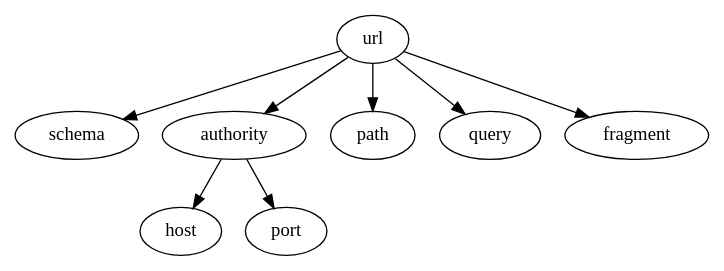
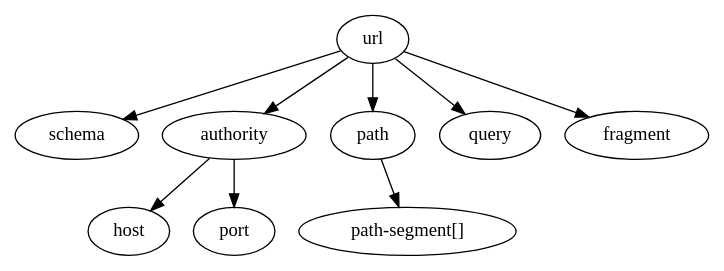
The diagram in ast.dot (Shinigami92/url-parser), drawn with Graphviz before and after one commit.

Commit message:
Extend ast.dot

```diff
--- a/ast.dot
+++ b/ast.dot
@@ -1,4 +1,7 @@
 digraph AST {
+	path_segment [label="path-segment[]"]
+
 	url -> { schema, authority, path, query, fragment };
 	authority -> { host, port };
+	path -> { path_segment }
 }
```
